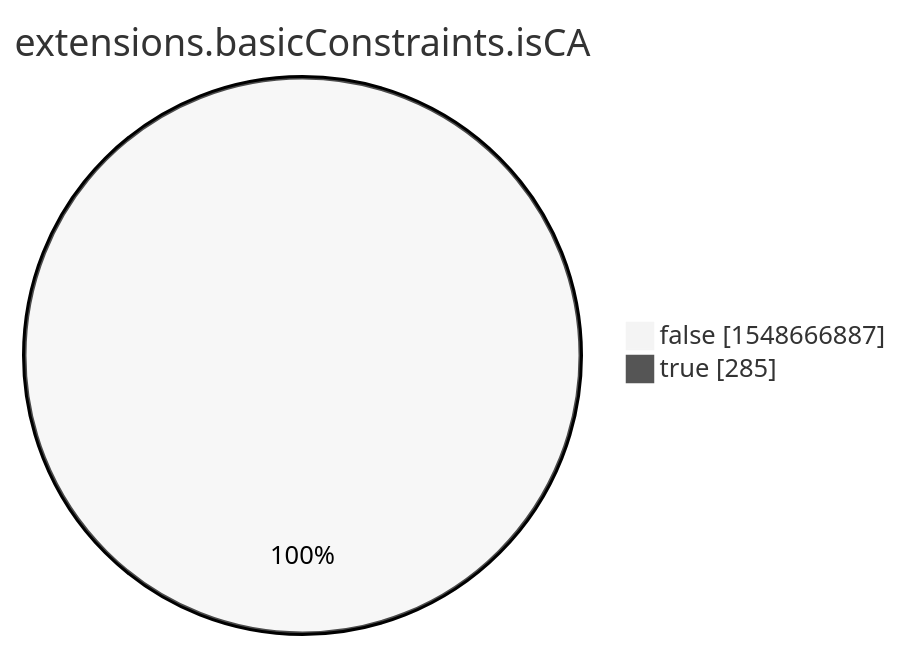
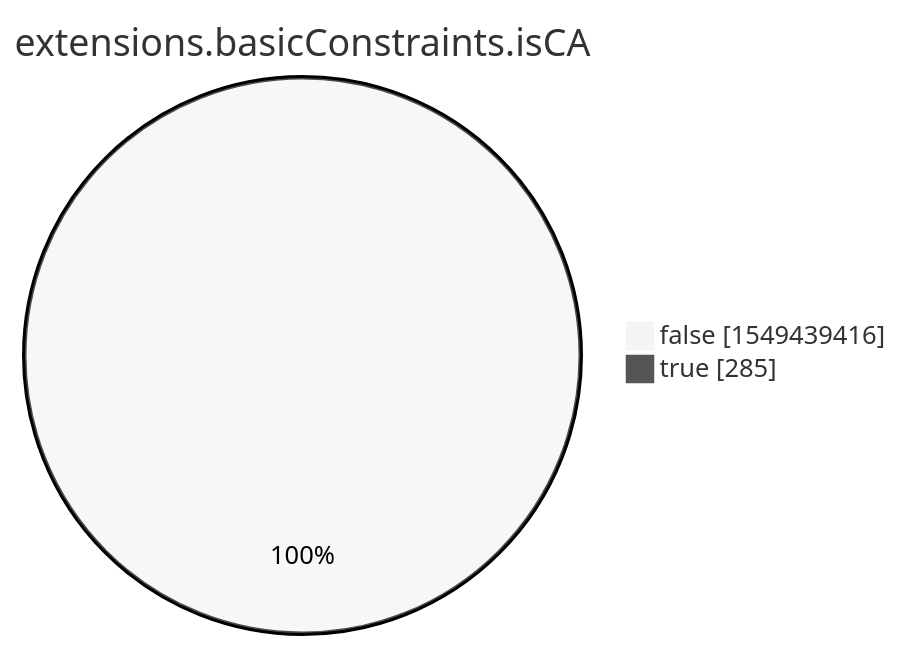
One commit to christiankrug/ctmonitor_visualization changed the eighth of 15 diagrams in xenon2022/README.md. Above: the diagram before and after it, drawn with Mermaid (neutral theme). The commit also changed other lines of this file, not shown here.

````diff
--- a/xenon2022/README.md
+++ b/xenon2022/README.md
@@ -2859,6 +2859,6 @@
 ```mermaid
 pie showData
 title extensions.basicConstraints.isCA
-"false" :1548666887
+"false" :1549439416
 "true" :285
 ```
````
